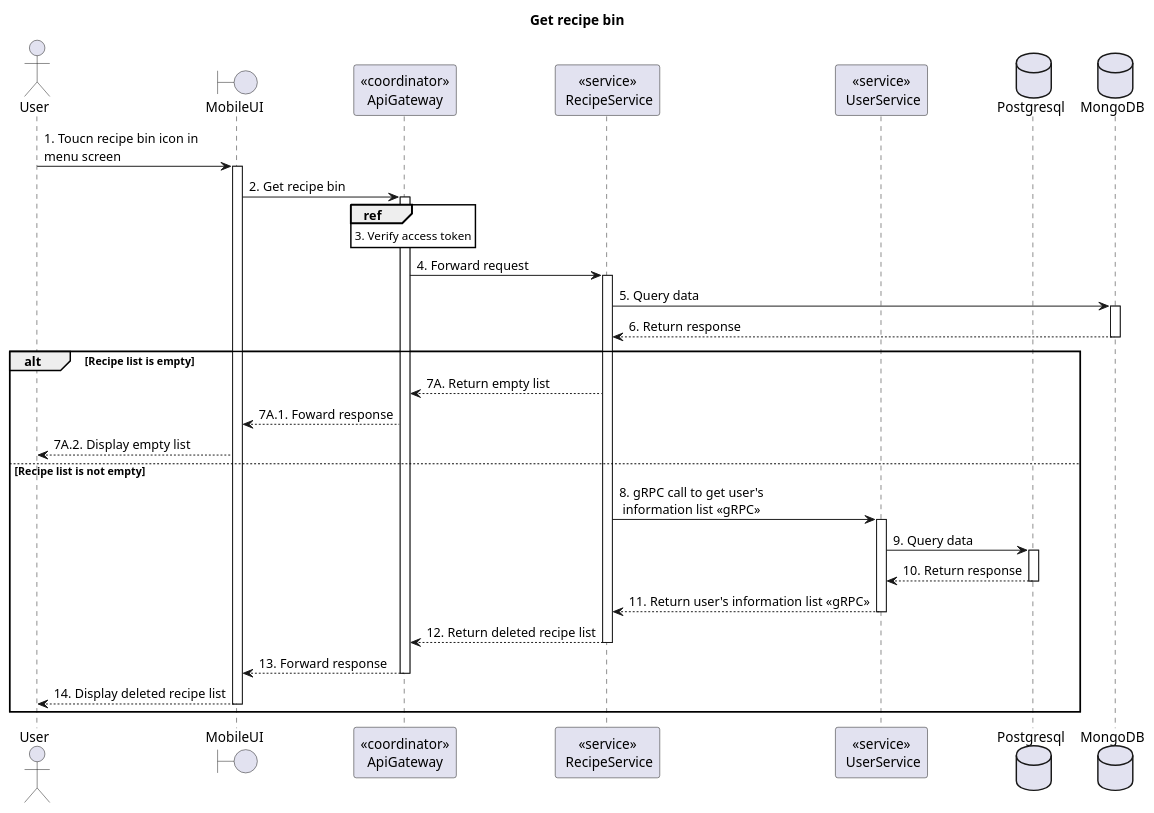
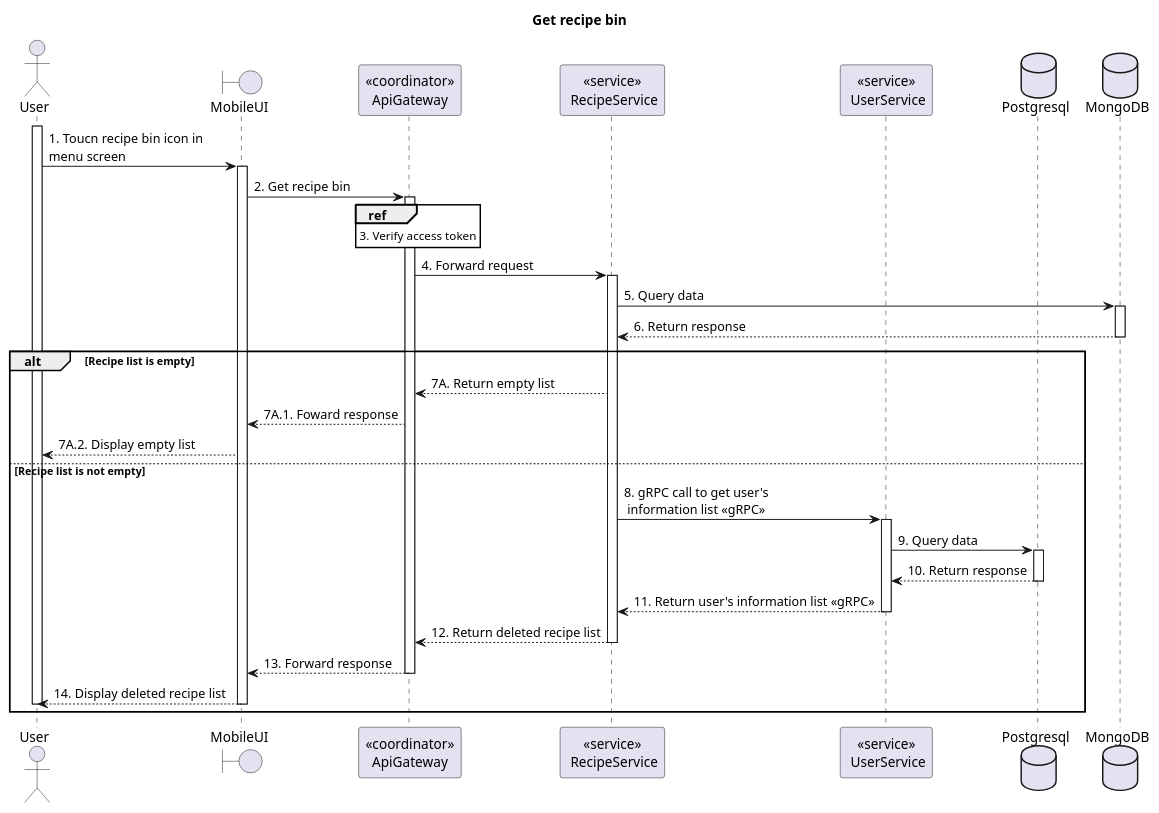
The diagram in doc/SDS/Recipe/User/Get recipe bin/Sequence.plantuml (Carl-Johnsons/tastopia), drawn with PlantUML before and after one commit. The commit also changed 40 other files, not shown here.

Commit message:
doc: update recipe sequence diagram

```diff
--- a/doc/SDS/Recipe/User/Get recipe bin/Sequence.plantuml
+++ b/doc/SDS/Recipe/User/Get recipe bin/Sequence.plantuml
@@ -1,46 +1,48 @@
 @startuml Sequence
 title "Get recipe bin"
 ' Style section
 <style>
   sequenceDiagram {
     reference {
       BackGroundColor white
     }
 }
 </style>
 
 actor User
 boundary MobileUI
 participant "<<coordinator>>\nApiGateway" as ApiGateway
 participant "<<service>>\n RecipeService" as RecipeService
 participant "<<service>>\n UserService" as UserService
 database Postgresql
 database MongoDB
 
+activate User
 User -> MobileUI++: 1. Toucn recipe bin icon in \nmenu screen
 
 MobileUI -> ApiGateway++: 2. Get recipe bin
 
 ref over ApiGateway: 3. Verify access token
 
 ApiGateway -> RecipeService++: 4. Forward request
 
 RecipeService -> MongoDB++: 5. Query data
 RecipeService <-- MongoDB--: 6. Return response
 
 alt Recipe list is empty
     ApiGateway <-- RecipeService: 7A. Return empty list
     MobileUI <-- ApiGateway: 7A.1. Foward response
     User <-- MobileUI: 7A.2. Display empty list
 else Recipe list is not empty
     RecipeService -> UserService++: 8. gRPC call to get user's \n information list <<gRPC>>
     UserService -> Postgresql++: 9. Query data
     UserService <-- Postgresql--: 10. Return response
     RecipeService <-- UserService--: 11. Return user's information list <<gRPC>>
 
     ApiGateway <-- RecipeService--: 12. Return deleted recipe list
     MobileUI <-- ApiGateway--: 13. Forward response
     User <-- MobileUI--: 14. Display deleted recipe list
+    deactivate User
 end alt
 
 @enduml
```
